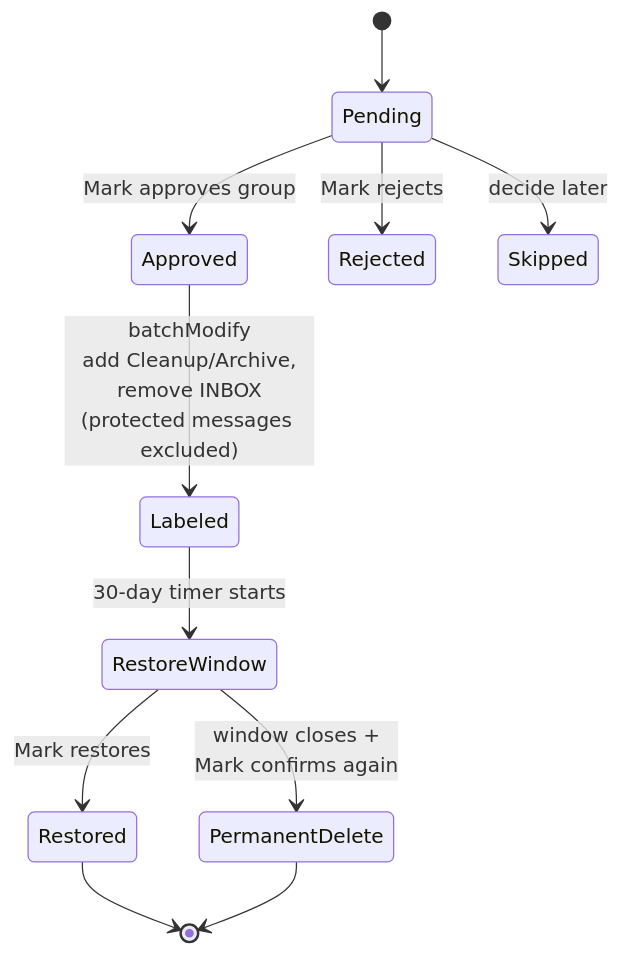
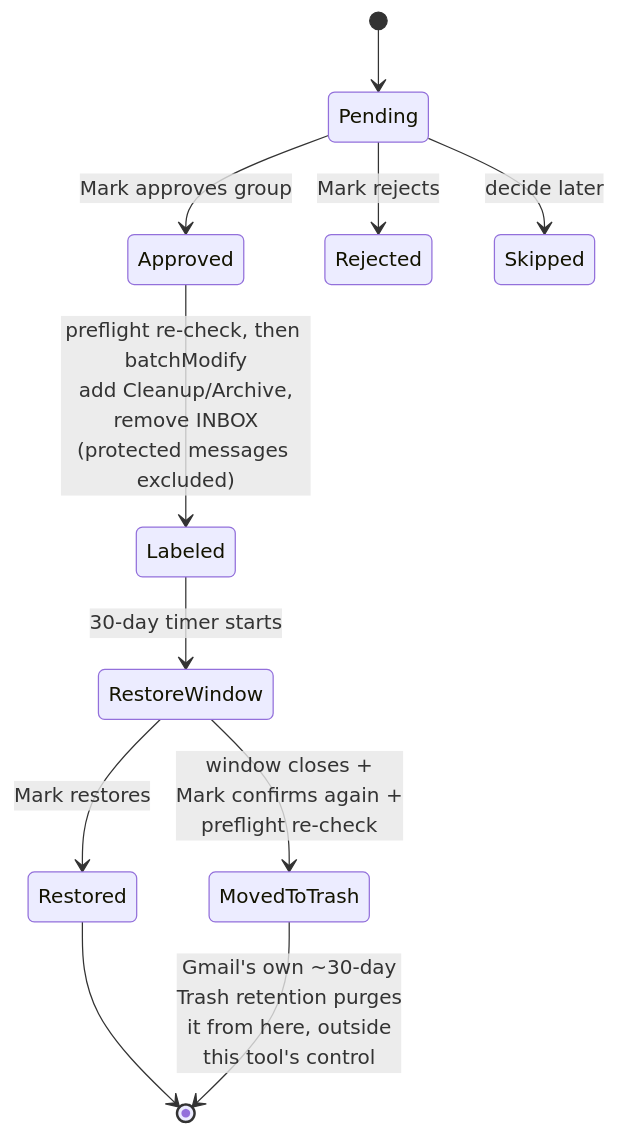
Before and after one commit to mslucido-lab/GmailCleanup: the second of 2 diagrams in Gmail Cleanup Strategy — Technical Spec.md, drawn with Mermaid. The commit also changed other lines of this file, not shown here.

````diff
--- a/Gmail Cleanup Strategy — Technical Spec.md
+++ b/Gmail Cleanup Strategy — Technical Spec.md
@@ -250,13 +311,13 @@
 ```mermaid
 stateDiagram-v2
   [*] --> Pending
   Pending --> Approved: Mark approves group
   Pending --> Rejected: Mark rejects
   Pending --> Skipped: decide later
-  Approved --> Labeled: batchModify<br/>add Cleanup/Archive,<br/>remove INBOX<br/>(protected messages excluded)
+  Approved --> Labeled: preflight re-check, then batchModify<br/>add Cleanup/Archive,<br/>remove INBOX<br/>(protected messages excluded)
   Labeled --> RestoreWindow: 30-day timer starts
   RestoreWindow --> Restored: Mark restores
-  RestoreWindow --> PermanentDelete: window closes +<br/>Mark confirms again
+  RestoreWindow --> MovedToTrash: window closes +<br/>Mark confirms again +<br/>preflight re-check
   Restored --> [*]
-  PermanentDelete --> [*]
+  MovedToTrash --> [*]: Gmail's own ~30-day<br/>Trash retention purges<br/>it from here, outside<br/>this tool's control
 ```
````
